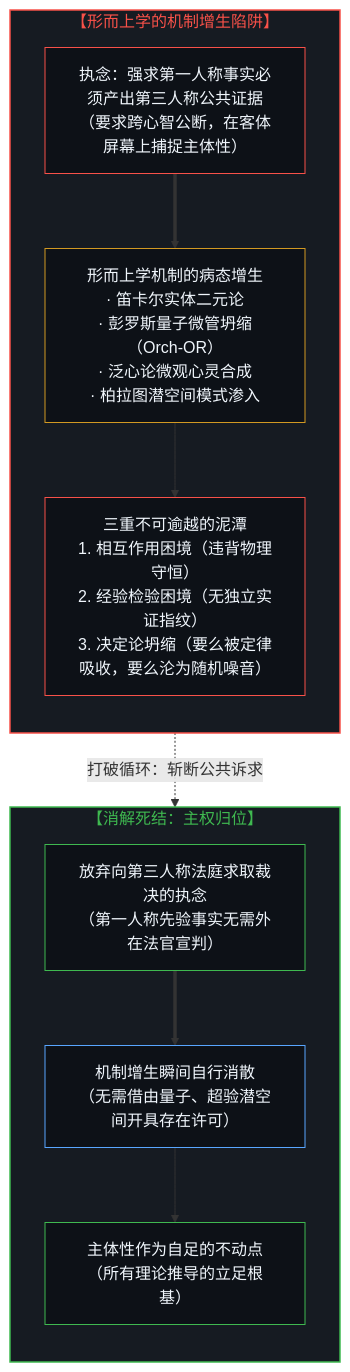
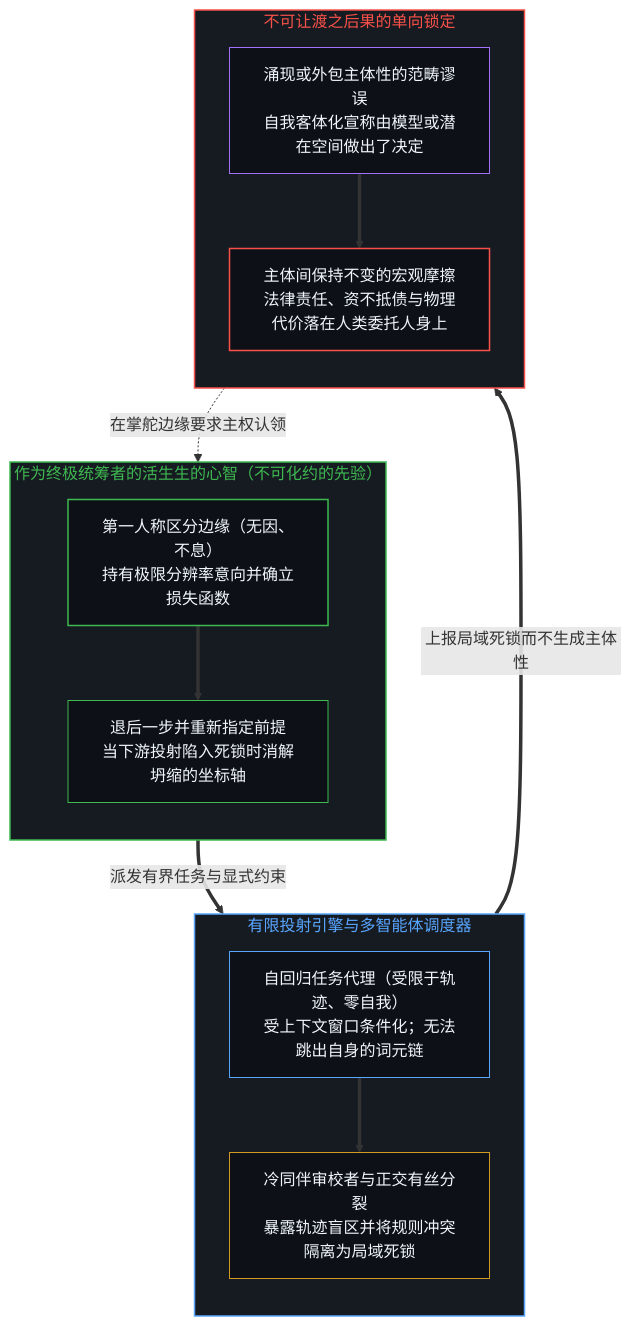
One commit to powerpig99/not-a-toe changed the first of 2 diagrams in content/posts/agency-does-not-arise.md. Above: the diagram before and after it, drawn with Mermaid. The commit also changed other lines of this file and 2 other files, not shown here.

````diff
--- a/content/posts/agency-does-not-arise.md
+++ b/content/posts/agency-does-not-arise.md
@@ -247,29 +69,37 @@
 ```mermaid
-graph TD
-    subgraph S_Deadlock["【形而上学的机制增生陷阱】"]
+flowchart TD
+    subgraph S_Origin["作为终极统筹者的活生生的心智（不可化约的先验）"]
         direction TB
-        M1["执念：强求第一人称事实必须产出第三人称公共证据<br/>（要求跨心智公断，在客体屏幕上捕捉主体性）"]
-        M2["形而上学机制的病态增生<br/>· 笛卡尔实体二元论<br/>· 彭罗斯量子微管坍缩（Orch-OR）<br/>· 泛心论微观心灵合成<br/>· 柏拉图潜空间模式渗入"]
-        M3["三重不可逾越的泥潭<br/>1. 相互作用困境（违背物理守恒）<br/>2. 经验检验困境（无独立实证指纹）<br/>3. 决定论坍缩（要么被定律吸收，要么沦为随机噪音）"]
-        M1 ==> M2 --> M3
+        O1["第一人称区分边缘（无因、不息）<br/>持有极限分辨率意向并确立损失函数"]
+        O2["退后一步并重新指定前提<br/>当下游投射陷入死锁时消解坍缩的坐标轴"]
+        O1 ==> O2
     end
 
-    subgraph S_Resolution["【消解死结：主权归位】"]
+    subgraph S_Projection["有限投射引擎与多智能体调度器"]
         direction TB
-        R1["放弃向第三人称法庭求取裁决的执念<br/>（第一人称先验事实无需外在法官宣判）"]
-        R2["机制增生瞬间自行消散<br/>（无需借由量子、超验潜空间开具存在许可）"]
-        R3["主体性作为自足的不动点<br/>（所有理论推导的立足根基）"]
-        R1 ==> R2 --> R3
+        P1["自回归任务代理（受限于轨迹、零自我）<br/>受上下文窗口条件化；无法跳出自身的词元链"]
+        P2["冷同伴审校者与正交有丝分裂<br/>暴露轨迹盲区并将规则冲突隔离为局域死锁"]
+        P1 ==> P2
     end
 
-    M3 -.->|"打破循环：斩断公共诉求"| R1
+    subgraph S_Return["不可让渡之后果的单向锁定"]
+        direction TB
+        R1["涌现或外包主体性的范畴谬误<br/>自我客体化宣称由模型或潜在空间做出了决定"]
+        R2["主体间保持不变的宏观摩擦<br/>法律责任、资不抵债与物理代价落在人类委托人身上"]
+        R1 ==> R2
+    end
 
-    style S_Deadlock fill:#161b22,stroke:#f85149,stroke-width:1.5px,color:#f85149
-    style S_Resolution fill:#161b22,stroke:#3fb950,stroke-width:1.5px,color:#3fb950
-    style M1 fill:#0d1117,stroke:#f85149,stroke-width:1px,color:#f0f6fc
-    style M2 fill:#0d1117,stroke:#d29922,stroke-width:1px,color:#f0f6fc
-    style M3 fill:#0d1117,stroke:#f85149,stroke-width:1px,color:#f0f6fc
-    style R1 fill:#0d1117,stroke:#3fb950,stroke-width:1px,color:#f0f6fc
-    style R2 fill:#0d1117,stroke:#58a6ff,stroke-width:1px,color:#f0f6fc
-    style R3 fill:#0d1117,stroke:#3fb950,stroke-width:1px,color:#f0f6fc
+    O2 ==>|"派发有界任务与显式约束"| P1
+    P2 ==>|"上报局域死锁而不生成主体性"| R1
+    R2 -.->|"在掌舵边缘要求主权认领"| O1
+
+    style S_Origin fill:#161b22,stroke:#3fb950,stroke-width:1.5px,color:#3fb950
+    style S_Projection fill:#161b22,stroke:#58a6ff,stroke-width:1.5px,color:#58a6ff
+    style S_Return fill:#161b22,stroke:#f85149,stroke-width:1.5px,color:#f85149
+    style O1 fill:#0d1117,stroke:#3fb950,stroke-width:1.5px,color:#f0f6fc
+    style O2 fill:#0d1117,stroke:#3fb950,stroke-width:1px,color:#f0f6fc
+    style P1 fill:#0d1117,stroke:#58a6ff,stroke-width:1px,color:#f0f6fc
+    style P2 fill:#0d1117,stroke:#d29922,stroke-width:1px,color:#f0f6fc
+    style R1 fill:#0d1117,stroke:#a371f7,stroke-width:1px,color:#f0f6fc
+    style R2 fill:#0d1117,stroke:#f85149,stroke-width:1.5px,color:#f0f6fc
 ```
````
